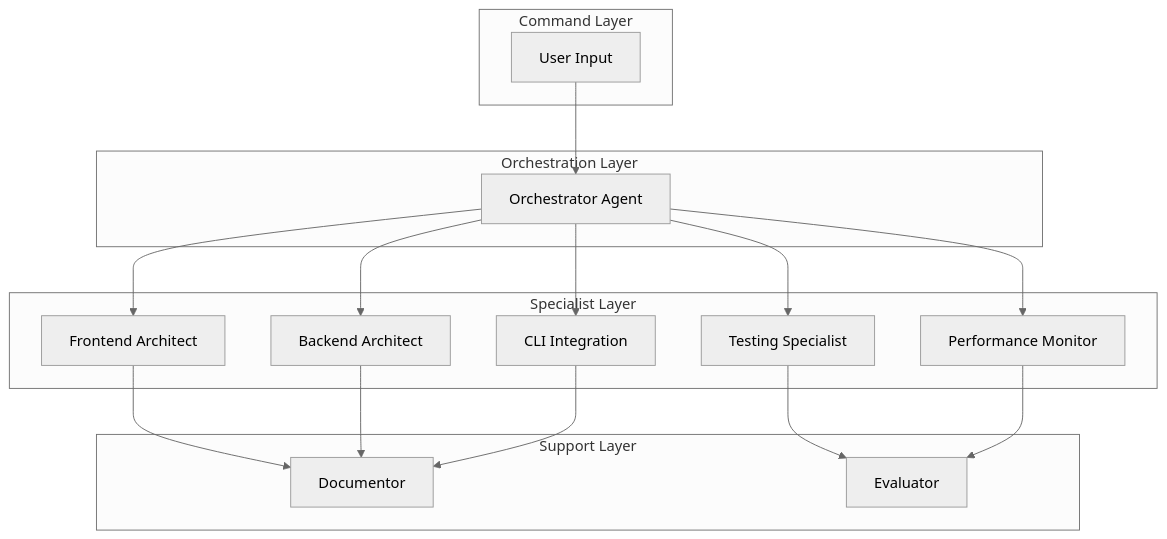
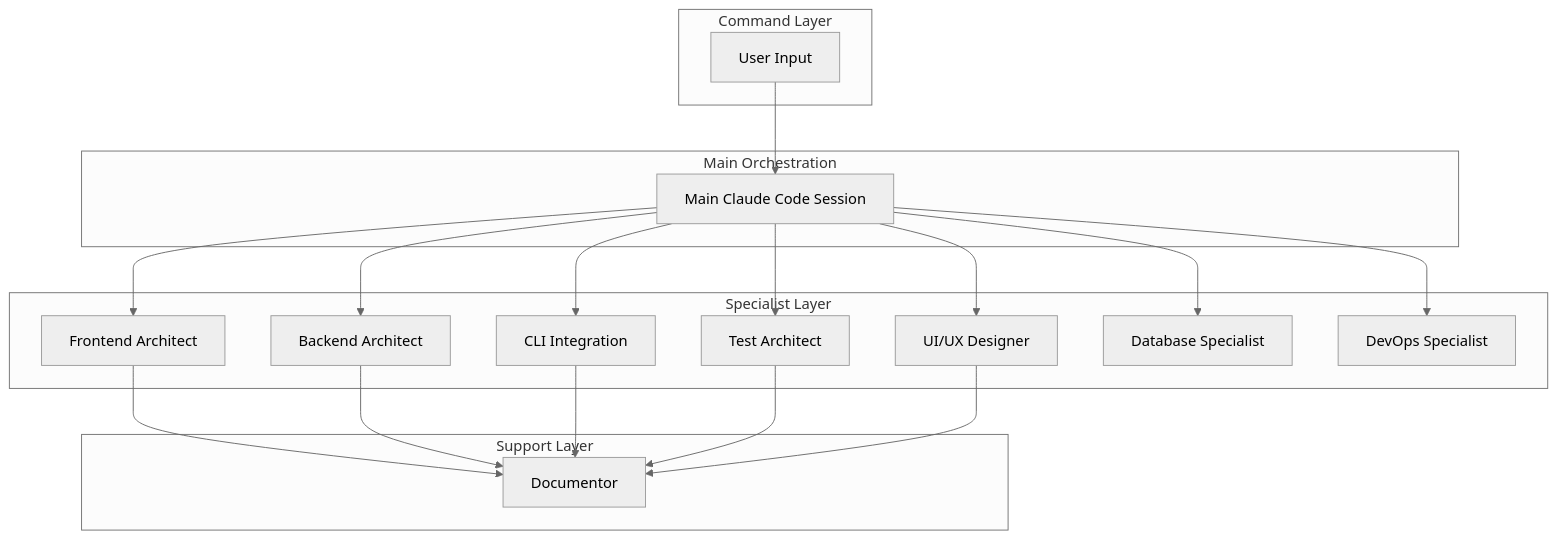
The first of 2 diagrams in .claude/agents/README.md (JGRamey/Claude-Code-IDE), drawn with Mermaid (neutral theme) before and after one commit. The commit also changed other lines of this file and 19 other files, not shown here.

````diff
--- a/.claude/agents/README.md
+++ b/.claude/agents/README.md
@@ -9,35 +9,38 @@
 ```mermaid
 graph TB
     subgraph "Command Layer"
         U[User Input]
     end
     
-    subgraph "Orchestration Layer"
-        O[Orchestrator Agent]
+    subgraph "Main Orchestration"
+        M[Main Claude Code Session]
     end
     
     subgraph "Specialist Layer"
         F[Frontend Architect]
         B[Backend Architect]
         C[CLI Integration]
-        T[Testing Specialist]
-        P[Performance Monitor]
+        T[Test Architect]
+        UI[UI/UX Designer]
+        DB[Database Specialist]
+        DO[DevOps Specialist]
     end
     
     subgraph "Support Layer"
         D[Documentor]
-        E[Evaluator]
     end
     
-    U --> O
-    O --> F
-    O --> B
-    O --> C
-    O --> T
-    O --> P
+    U --> M
+    M --> F
+    M --> B
+    M --> C
+    M --> T
+    M --> UI
+    M --> DB
+    M --> DO
     F --> D
     B --> D
     C --> D
-    T --> E
-    P --> E
+    T --> D
+    UI --> D
 ```
````
